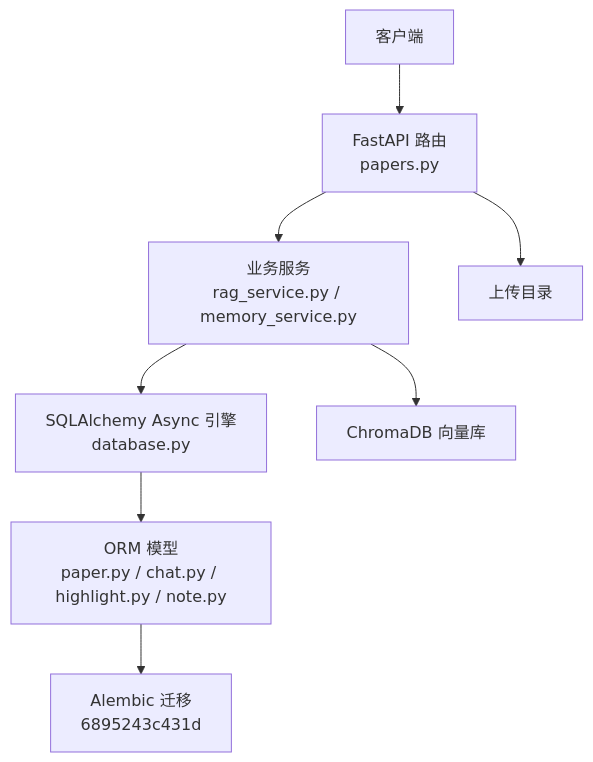
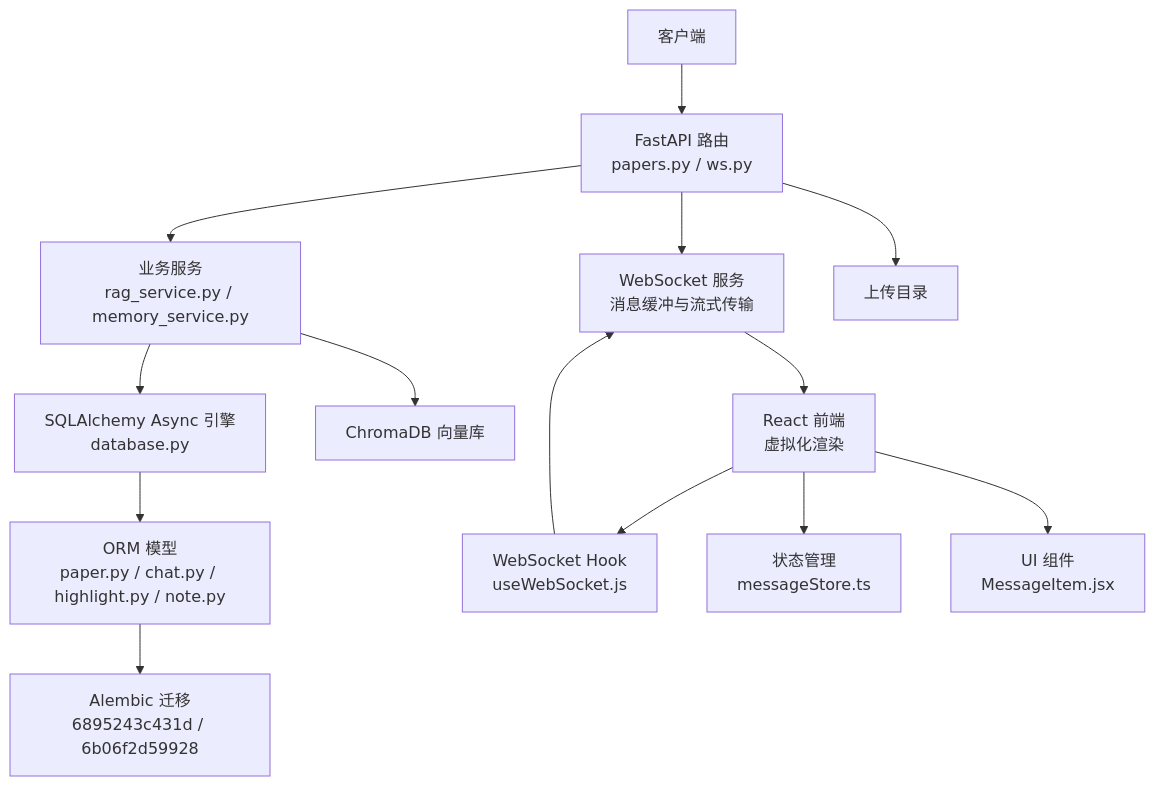
One commit to laohanhahaha/PaperChat changed the second of 8 diagrams in .qoder/repowiki/zh/content/数据库设计/性能优化与索引策略.md. Above: the diagram before and after it, drawn with Mermaid. The commit also changed other lines of this file and 8 other files, not shown here.

````diff
--- a/.qoder/repowiki/zh/content/数据库设计/性能优化与索引策略.md
+++ b/.qoder/repowiki/zh/content/数据库设计/性能优化与索引策略.md
@@ -108,18 +148,29 @@
 ```mermaid
 graph TB
 Client["客户端"]
-API["FastAPI 路由<br/>papers.py"]
+API["FastAPI 路由<br/>papers.py / ws.py"]
 Svc["业务服务<br/>rag_service.py / memory_service.py"]
+WebSocket["WebSocket 服务<br/>消息缓冲与流式传输"]
 DB["SQLAlchemy Async 引擎<br/>database.py"]
 ORM["ORM 模型<br/>paper.py / chat.py / highlight.py / note.py"]
-Mig["Alembic 迁移<br/>6895243c431d"]
+Mig["Alembic 迁移<br/>6895243c431d / 6b06f2d59928"]
 VDB["ChromaDB 向量库"]
 FS["上传目录"]
+Frontend["React 前端<br/>虚拟化渲染"]
+Hooks["WebSocket Hook<br/>useWebSocket.js"]
+Stores["状态管理<br/>messageStore.ts"]
+Components["UI 组件<br/>MessageItem.jsx"]
 Client --> API
 API --> Svc
+API --> WebSocket
 Svc --> DB
 DB --> ORM
 ORM --> Mig
 Svc --> VDB
 API --> FS
+Frontend --> Hooks
+Hooks --> WebSocket
+WebSocket --> Frontend
+Frontend --> Stores
+Frontend --> Components
 ```
````
